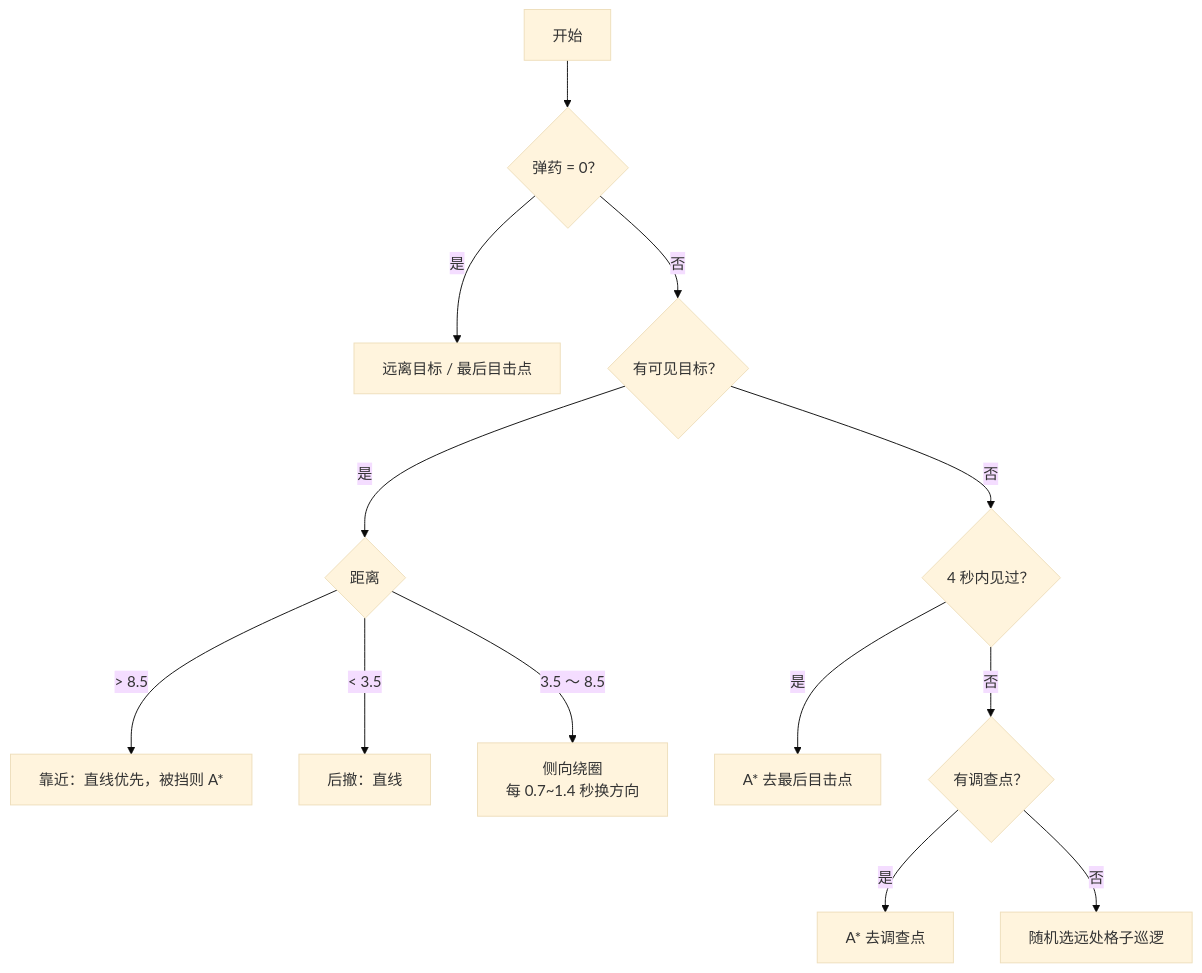
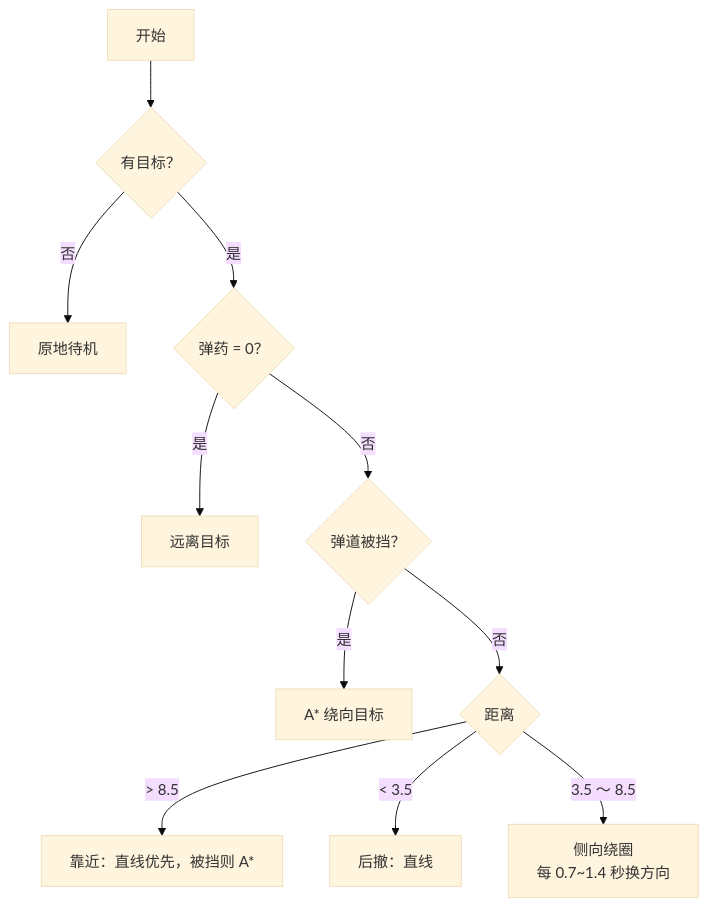
Before and after one commit to 3297207993/tank: the second of 3 diagrams in docs/ai.md, drawn with Mermaid (base theme). The commit also changed other lines of this file and 2 other files, not shown here.

````diff
--- a/docs/ai.md
+++ b/docs/ai.md
@@ -96,15 +76,13 @@
 ```mermaid
 flowchart TD
-    A["开始"] --> B{"弹药 = 0？"}
-    B -->|是| C["远离目标 / 最后目击点"]
-    B -->|否| D{"有可见目标？"}
-    D -->|是| E{"距离"}
-    E -->|"> 8.5"| F["靠近：直线优先，被挡则 A*"]
-    E -->|"< 3.5"| G["后撤：直线"]
-    E -->|"3.5 ～ 8.5"| H["侧向绕圈<br/>每 0.7~1.4 秒换方向"]
-    D -->|否| I{"4 秒内见过？"}
-    I -->|是| J["A* 去最后目击点"]
-    I -->|否| K{"有调查点？"}
-    K -->|是| L["A* 去调查点"]
-    K -->|否| M["随机选远处格子巡逻"]
+    A["开始"] --> Z{"有目标？"}
+    Z -->|否| S["原地待机"]
+    Z -->|是| B{"弹药 = 0？"}
+    B -->|是| C["远离目标"]
+    B -->|否| D{"弹道被挡？"}
+    D -->|是| E["A* 绕向目标"]
+    D -->|否| F{"距离"}
+    F -->|"> 8.5"| G["靠近：直线优先，被挡则 A*"]
+    F -->|"< 3.5"| H["后撤：直线"]
+    F -->|"3.5 ～ 8.5"| I["侧向绕圈<br/>每 0.7~1.4 秒换方向"]
 ```
````
